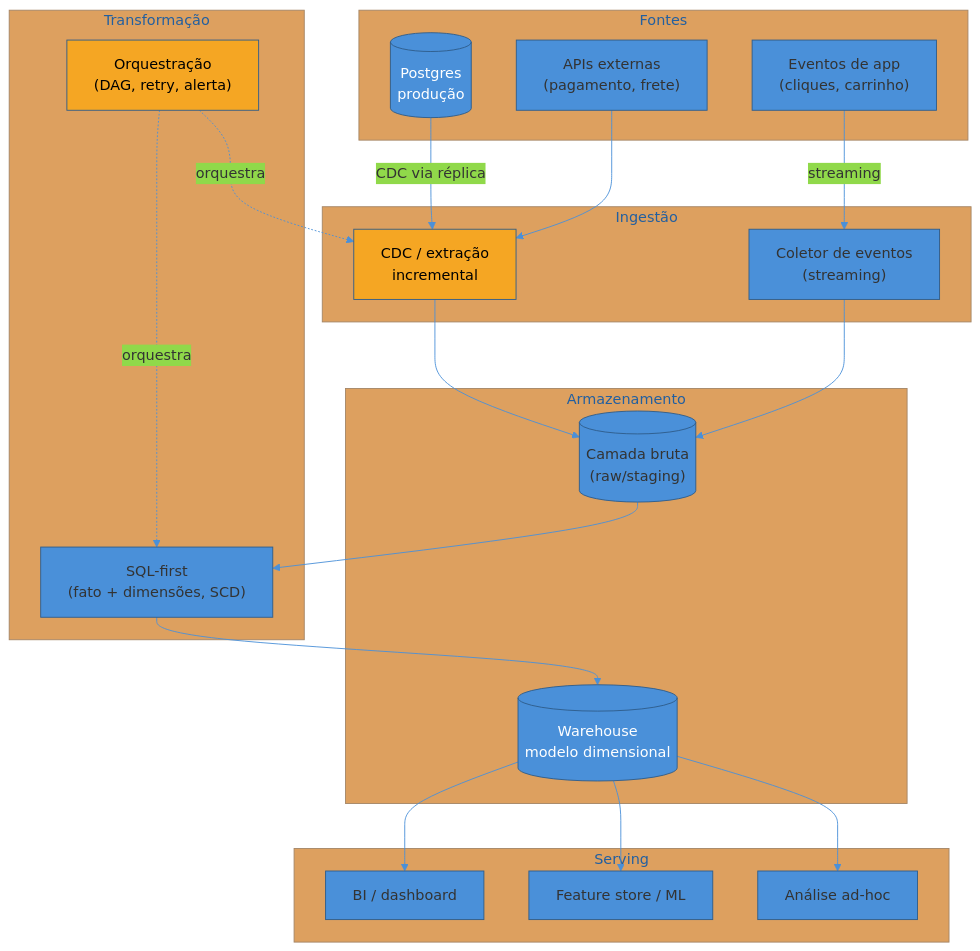
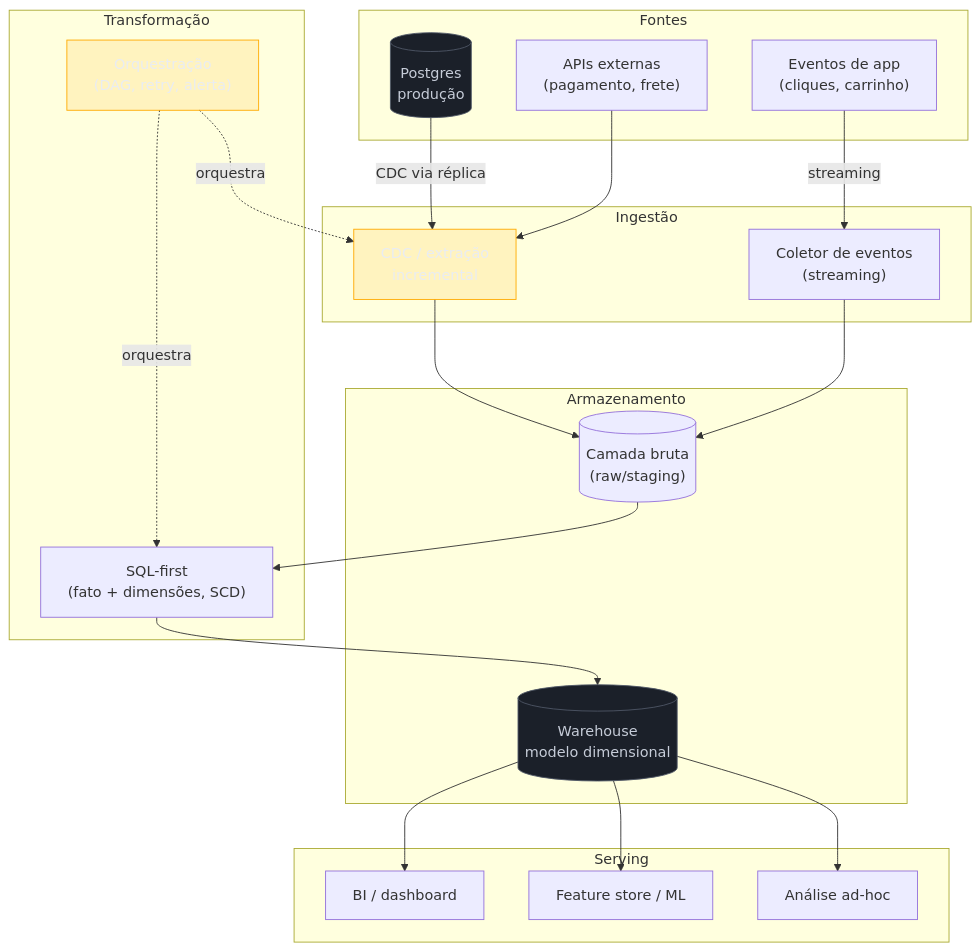
Before and after one commit to josenaldo/codex-technomanticus: the second of 4 diagrams in 03-Dominios/Engenharia/Dados/Capstone - Desenhando a plataforma de dados de uma empresa do zero.md, drawn with Mermaid. The commit also changed other lines of this file and 1181 other files, not shown here.

First line of the commit message:
fix(diagramas): paleta do sistema no lugar de cor cravada no markdown

````diff
--- a/03-Dominios/Engenharia/Dados/Capstone - Desenhando a plataforma de dados de uma empresa do zero.md
+++ b/03-Dominios/Engenharia/Dados/Capstone - Desenhando a plataforma de dados de uma empresa do zero.md
@@ -85,48 +85,49 @@
 ```mermaid
-%%{init: {"theme": "base", "themeVariables": {"primaryColor": "#4A90D9", "primaryBorderColor": "#2E5C8A", "lineColor": "#4A90D9"}}}%%
 graph TB
+    classDef neutro fill:#1B2029,stroke:#4E5666,color:#C6CCD8
+    classDef destaque fill:#FFAA0024,stroke:#FFAA00,color:#E9ECF2
     subgraph Fontes["Fontes"]
         PG[("Postgres<br/>produção")]
         EV["Eventos de app<br/>(cliques, carrinho)"]
         EXT["APIs externas<br/>(pagamento, frete)"]
     end
 
     subgraph Ingestao["Ingestão"]
         CDC["CDC / extração<br/>incremental"]
         STR["Coletor de eventos<br/>(streaming)"]
     end
 
     subgraph Armazenamento["Armazenamento"]
         RAW[("Camada bruta<br/>(raw/staging)")]
         DW[("Warehouse<br/>modelo dimensional")]
     end
 
     subgraph Transformacao["Transformação"]
         SQL["SQL-first<br/>(fato + dimensões, SCD)"]
         ORQ["Orquestração<br/>(DAG, retry, alerta)"]
     end
 
     subgraph Serving["Serving"]
         BI["BI / dashboard"]
         ML["Feature store / ML"]
         AH["Análise ad-hoc"]
     end
 
     PG -->|"CDC via réplica"| CDC
     EV -->|"streaming"| STR
     EXT --> CDC
     CDC --> RAW
     STR --> RAW
     RAW --> SQL
     SQL --> DW
     ORQ -.->|"orquestra"| CDC
     ORQ -.->|"orquestra"| SQL
     DW --> BI
     DW --> ML
     DW --> AH
 
-    style PG fill:#4A90D9,color:#fff
-    style DW fill:#4A90D9,color:#fff
-    style ORQ fill:#F5A623,color:#000
-    style CDC fill:#F5A623,color:#000
+    class PG neutro
+    class DW neutro
+    class ORQ destaque
+    class CDC destaque
 ```
````
